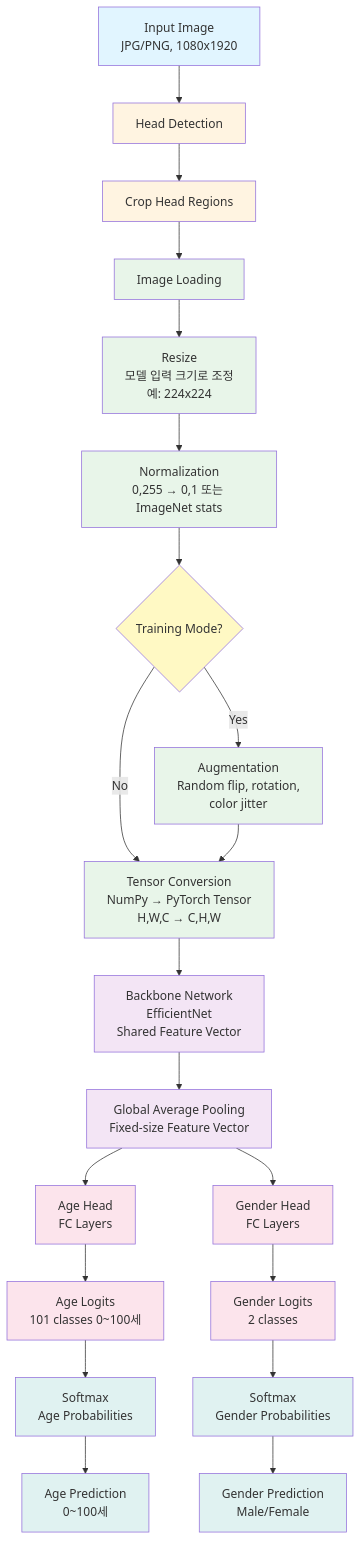
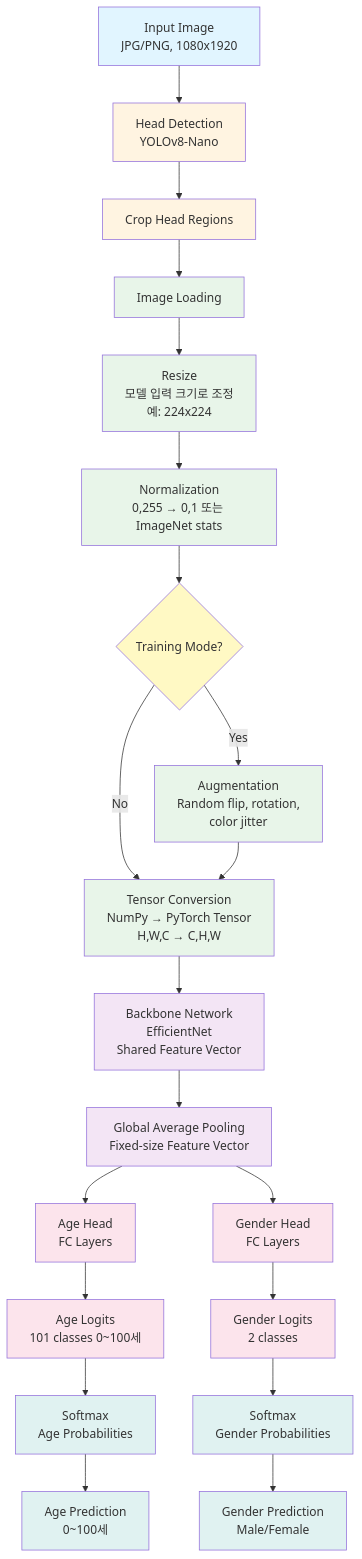
Before and after one commit to yong-again/portfolio: the first of 3 diagrams in age_gender_estimation/docs/pipeline_diagram.md, drawn with Mermaid. The commit also changed 2 other files, not shown here.

Commit message:
[EDIT] README.md

````diff
--- a/age_gender_estimation/docs/pipeline_diagram.md
+++ b/age_gender_estimation/docs/pipeline_diagram.md
@@ -5,42 +5,42 @@
 ```mermaid
 graph TD
-    A[Input Image<br/>JPG/PNG, 1080x1920] --> B[Head Detection]
+    A[Input Image<br/>JPG/PNG, 1080x1920] --> B[Head Detection<br>YOLOv8-Nano]
     B --> C[Crop Head Regions]
     C --> D[Image Loading]
     D --> E[Resize<br/>모델 입력 크기로 조정<br/>예: 224x224]
     E --> F[Normalization<br/>0,255 → 0,1 또는 ImageNet stats]
     F --> G{Training Mode?}
     G -->|Yes| H[Augmentation<br/>Random flip, rotation,<br/>color jitter]
     G -->|No| I[Tensor Conversion<br/>NumPy → PyTorch Tensor<br/>H,W,C → C,H,W]
     H --> I
     I --> J[Backbone Network<br/>EfficientNet<br/>Shared Feature Vector]
     J --> K[Global Average Pooling<br/>Fixed-size Feature Vector]
     K --> L[Age Head<br/>FC Layers]
     K --> M[Gender Head<br/>FC Layers]
     L --> N[Age Logits<br/>101 classes 0~100세]
     M --> O[Gender Logits<br/>2 classes]
     N --> P[Softmax<br/>Age Probabilities]
     O --> Q[Softmax<br/>Gender Probabilities]
     P --> R[Age Prediction<br/>0~100세]
     Q --> S[Gender Prediction<br/>Male/Female]
     
     style A fill:#e1f5ff
     style B fill:#fff4e1
     style C fill:#fff4e1
     style D fill:#e8f5e9
     style E fill:#e8f5e9
     style F fill:#e8f5e9
     style G fill:#fff9c4
     style H fill:#e8f5e9
     style I fill:#e8f5e9
     style J fill:#f3e5f5
     style K fill:#f3e5f5
     style L fill:#fce4ec
     style M fill:#fce4ec
     style N fill:#fce4ec
     style O fill:#fce4ec
     style P fill:#e0f2f1
     style Q fill:#e0f2f1
     style R fill:#e0f2f1
     style S fill:#e0f2f1
 ```
````
